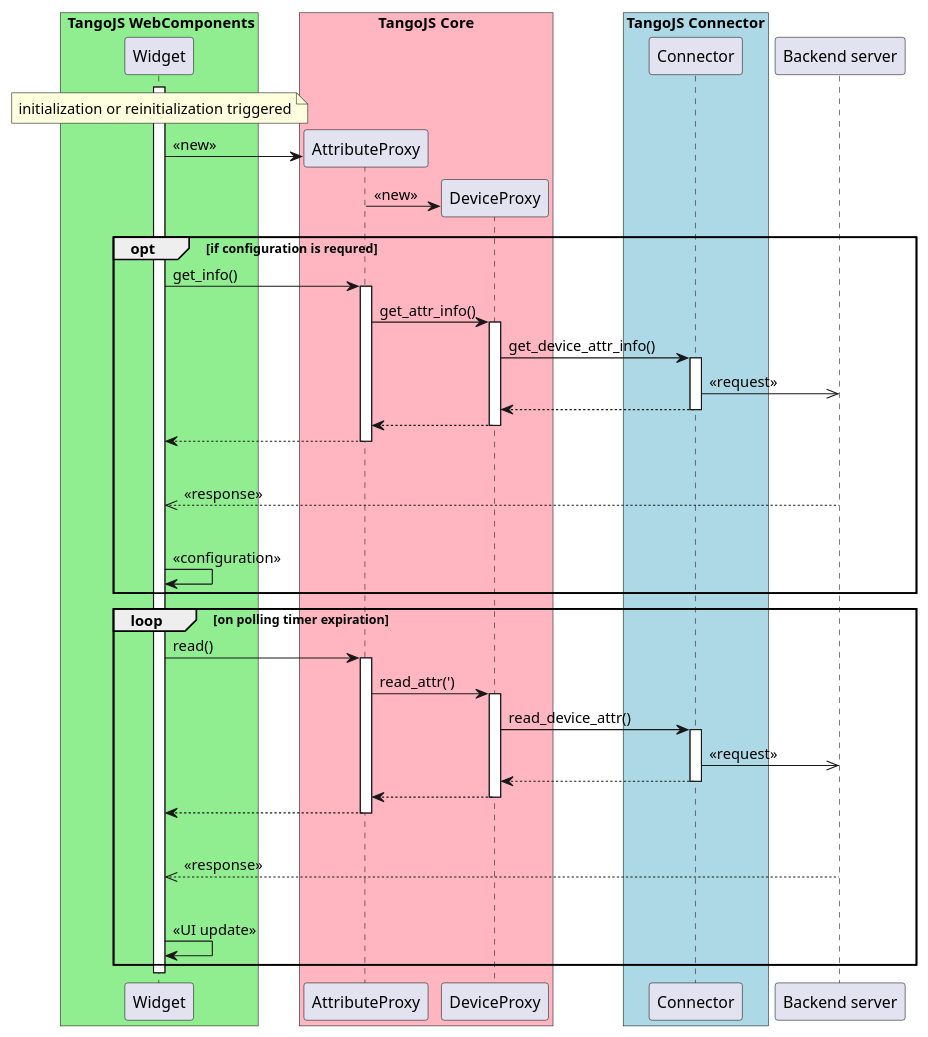
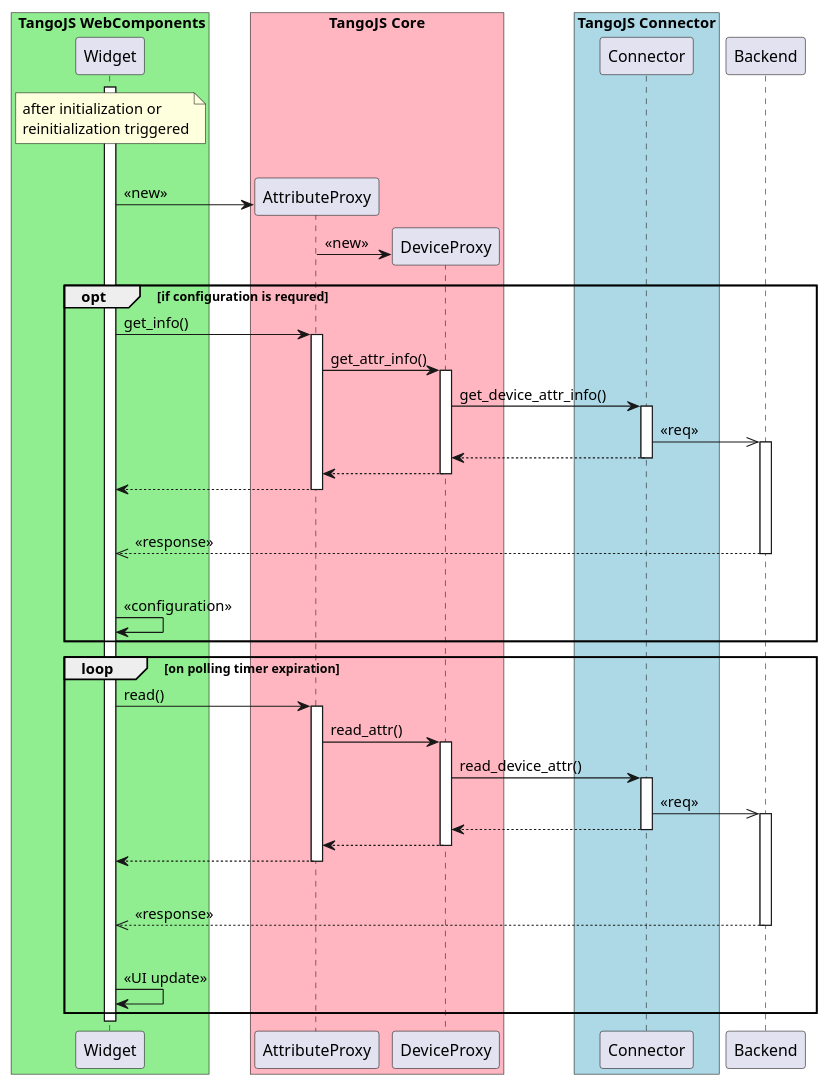
One commit to mliszcz/msc-thesis changed the diagram in thesis/figures/uml-source/03-tangojs-sequence-widget-polling.pu. Above: the diagram before and after it, drawn with PlantUML. The commit also changed 1 other file, not shown here.

Commit message:
[thesis] fixes for 03-tangojs-sequence-widget-polling diagram

```diff
--- a/thesis/figures/uml-source/03-tangojs-sequence-widget-polling.pu
+++ b/thesis/figures/uml-source/03-tangojs-sequence-widget-polling.pu
@@ -1,100 +1,107 @@
 @startuml
 
 participant Widget
 participant DeviceProxy
 participant Connector
 
 box " TangoJS WebComponents" #LightGreen
   participant Widget
 end box
 
 box "TangoJS Core" #LightPink
   participant AttributeProxy
   participant DeviceProxy
 end box
 
 box "TangoJS Connector" #LightBlue
 	participant Connector
 end box
 
-participant "Backend server" as Backend
+participant "Backend" as Backend
 
 activate Widget
 
 note over Widget
-  initialization or reinitialization triggered
+  after initialization or
+  reinitialization triggered
 end note
 
+|||
+
 create AttributeProxy
-Widget -> AttributeProxy: << new >>
+Widget -> AttributeProxy: <<new>>
 
 create DeviceProxy
-AttributeProxy -> DeviceProxy: << new >>
+AttributeProxy -> DeviceProxy: <<new>>
 
 opt if configuration is requred
 
   Widget -> AttributeProxy: get_info()
   activate AttributeProxy
 
   AttributeProxy -> DeviceProxy: get_attr_info()
   activate DeviceProxy
 
   DeviceProxy -> Connector: get_device_attr_info()
   activate Connector
 
-  Connector ->> Backend: << request >>
+  Connector ->> Backend: << req >>
+  activate Backend
 
   Connector --> DeviceProxy:
   deactivate Connector
 
   DeviceProxy --> AttributeProxy:
   deactivate DeviceProxy
 
   AttributeProxy --> Widget:
   deactivate AttributeProxy
 
   |||
 
   Backend -->> Widget: << response >>
+  deactivate Backend
 
   |||
 
   Widget -> Widget: << configuration >>
 
 end
 
 loop on polling timer expiration
 
   Widget -> AttributeProxy: read()
   activate AttributeProxy
 
-  AttributeProxy -> DeviceProxy: read_attr(')
+  AttributeProxy -> DeviceProxy: read_attr()
   activate DeviceProxy
 
   DeviceProxy -> Connector: read_device_attr()
   activate Connector
 
-  Connector ->> Backend: << request >>
+  Connector ->> Backend: << req >>
+  activate Backend
 
   Connector --> DeviceProxy:
   deactivate Connector
 
   DeviceProxy --> AttributeProxy:
   deactivate DeviceProxy
 
   AttributeProxy --> Widget:
   deactivate AttributeProxy
 
   |||
 
   Backend -->> Widget: << response >>
+  deactivate Backend
 
   |||
 
   Widget -> Widget: << UI update >>
 
 end
 
 deactivate Widget
 
 @enduml
```
